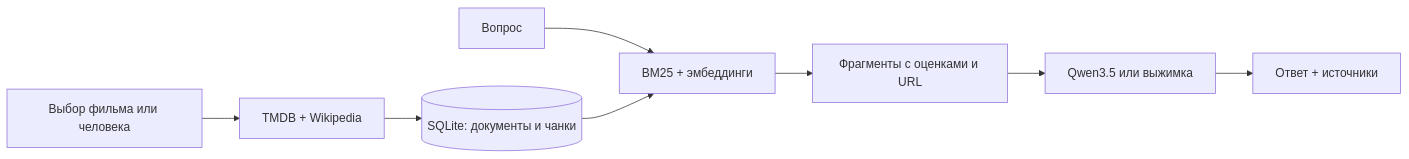
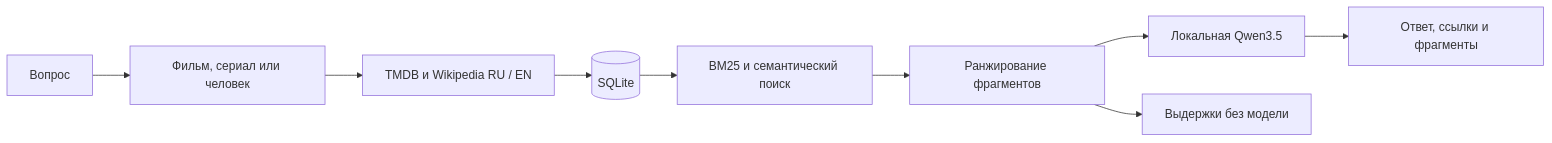
One commit to dud0k3/movie-rag changed the diagram in README.md. Above: the diagram before and after it, drawn with Mermaid. The commit also changed other lines of this file and 18 other files, not shown here.

````diff
--- a/README.md
+++ b/README.md
@@ -89,10 +71,11 @@
 ```mermaid
 flowchart LR
-    A[Выбор фильма или человека] --> B[TMDB + Wikipedia]
-    B --> C[(SQLite: документы и чанки)]
-    Q[Вопрос] --> D[BM25 + эмбеддинги]
-    C --> D
-    D --> E[Фрагменты с оценками и URL]
-    E --> F[Qwen3.5 или выжимка]
-    F --> G[Ответ + источники]
+    Q[Вопрос] --> E[Фильм, сериал или человек]
+    E --> S[TMDB и Wikipedia RU / EN]
+    S --> DB[(SQLite)]
+    DB --> R[BM25 и семантический поиск]
+    R --> P[Ранжирование фрагментов]
+    P --> M[Локальная Qwen3.5]
+    M --> A[Ответ, ссылки и фрагменты]
+    P --> F[Выдержки без модели]
 ```
````
